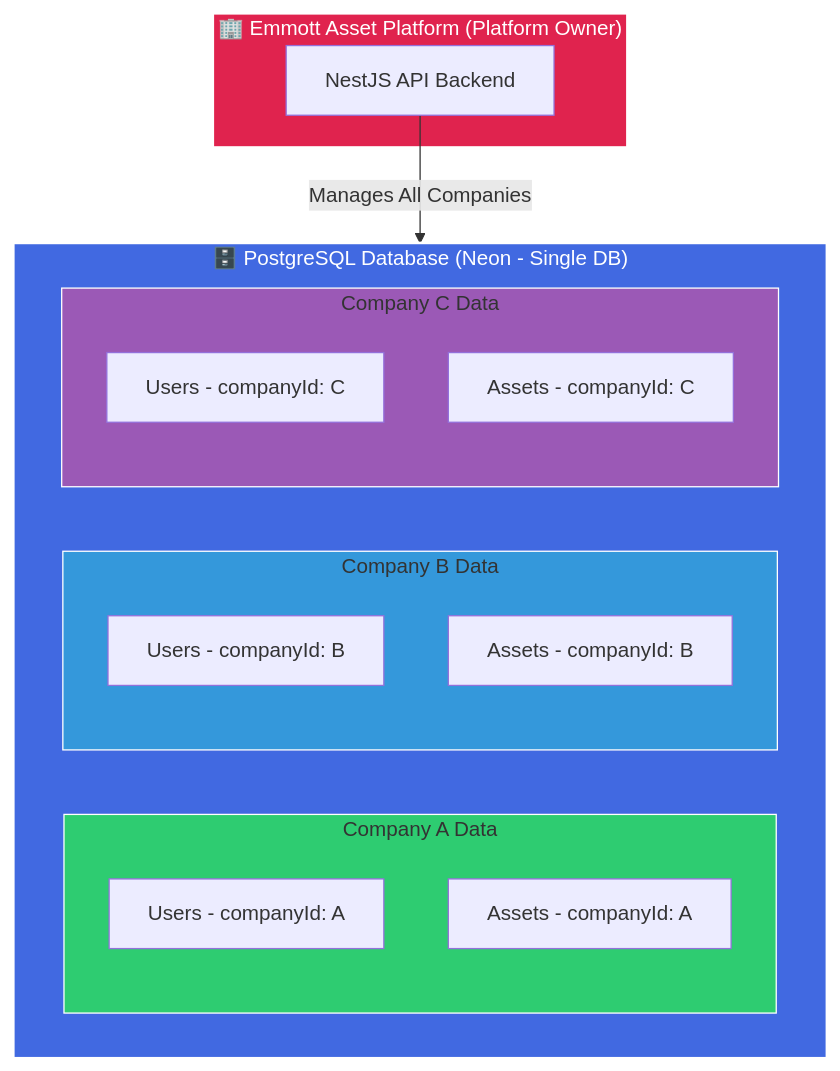
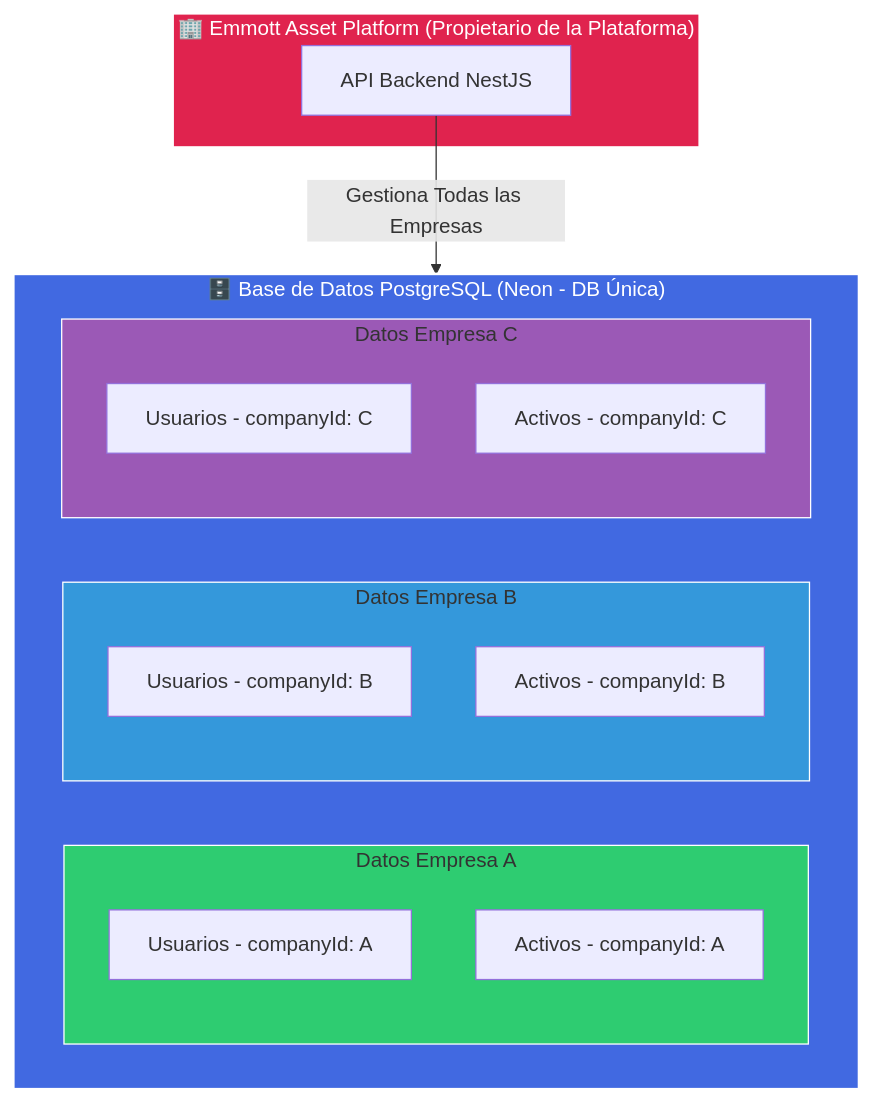
The first of 4 diagrams in README.md (marceloemmott-dev/emmott-asset-platform-backend), drawn with Mermaid before and after one commit. The commit also changed other lines of this file and 1 other file, not shown here.

````diff
--- a/README.md
+++ b/README.md
@@ -127,31 +121,31 @@
 ```mermaid
 graph TB
-    subgraph Platform["🏢 Emmott Asset Platform (Platform Owner)"]
-        API[NestJS API Backend]
+    subgraph Platform["🏢 Emmott Asset Platform (Propietario de la Plataforma)"]
+        API[API Backend NestJS]
     end
     
-    subgraph Database["🗄️ PostgreSQL Database (Neon - Single DB)"]
-        subgraph CompanyA["Company A Data"]
-            A1[Users - companyId: A]
-            A2[Assets - companyId: A]
+    subgraph Database["🗄️ Base de Datos PostgreSQL (Neon - DB Única)"]
+        subgraph CompanyA["Datos Empresa A"]
+            A1[Usuarios - companyId: A]
+            A2[Activos - companyId: A]
         end
         
-        subgraph CompanyB["Company B Data"]
-            B1[Users - companyId: B]
-            B2[Assets - companyId: B]
+        subgraph CompanyB["Datos Empresa B"]
+            B1[Usuarios - companyId: B]
+            B2[Activos - companyId: B]
         end
         
-        subgraph CompanyC["Company C Data"]
-            C1[Users - companyId: C]
-            C2[Assets - companyId: C]
+        subgraph CompanyC["Datos Empresa C"]
+            C1[Usuarios - companyId: C]
+            C2[Activos - companyId: C]
         end
     end
     
-    API -->|Manages All Companies| Database
+    API -->|Gestiona Todas las Empresas| Database
     
     style Platform fill:#E0234E,stroke:#fff,stroke-width:2px,color:#fff
     style Database fill:#4169E1,stroke:#fff,stroke-width:2px,color:#fff
     style CompanyA fill:#2ecc71,stroke:#fff,stroke-width:1px
     style CompanyB fill:#3498db,stroke:#fff,stroke-width:1px
     style CompanyC fill:#9b59b6,stroke:#fff,stroke-width:1px
 ```
````
